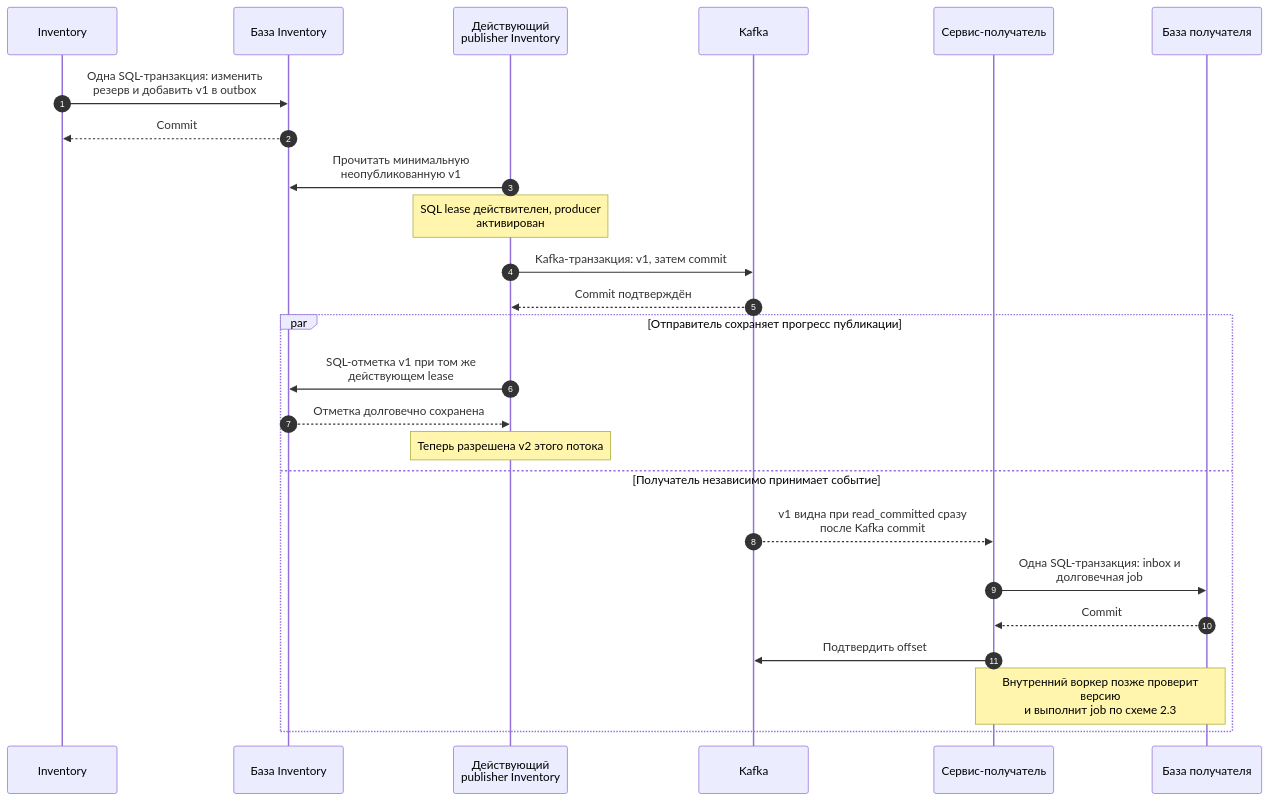
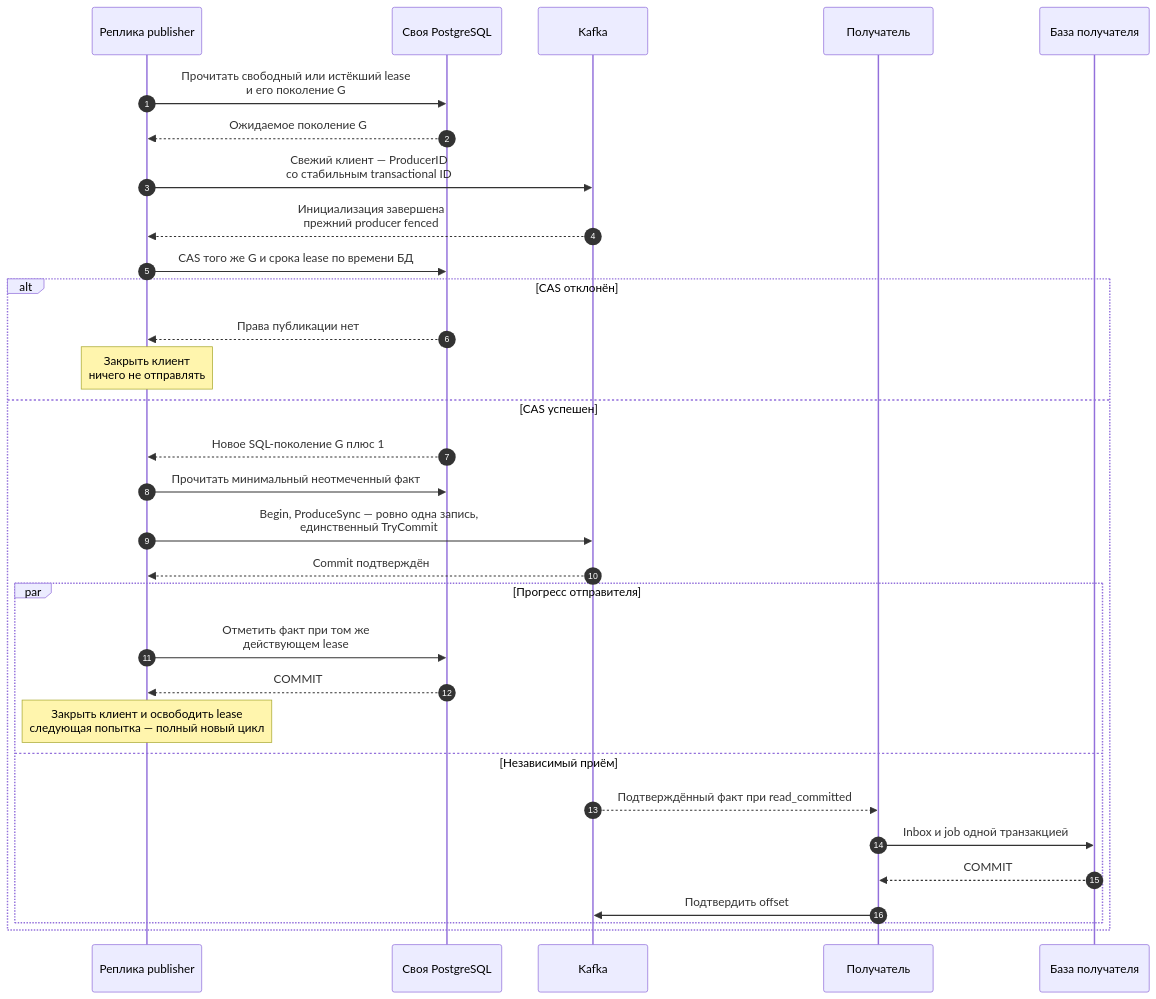
Before and after one commit to Includeoyasi/faultline-lab: the fifth of 5 diagrams in docs/architecture/KAFKA_PUBLISHING.md, drawn with Mermaid. The commit also changed other lines of this file, not shown here.

Commit message:
docs: prepare F09 publishing architecture decision

````diff
--- a/docs/architecture/KAFKA_PUBLISHING.md
+++ b/docs/architecture/KAFKA_PUBLISHING.md
@@ -209,27 +131,33 @@
 ```mermaid
 sequenceDiagram
     autonumber
-    participant I as Inventory
-    participant IDB as База Inventory
-    participant P as Действующий<br/>publisher Inventory
+    participant P as Реплика publisher
+    participant DB as Своя PostgreSQL
     participant K as Kafka
-    participant C as Сервис-получатель
+    participant C as Получатель
     participant CDB as База получателя
-    I->>IDB: Одна SQL-транзакция: изменить<br/>резерв и добавить v1 в outbox
-    IDB-->>I: Commit
-    P->>IDB: Прочитать минимальную<br/>неопубликованную v1
-    Note over P: SQL lease действителен, producer<br/>активирован
-    P->>K: Kafka-транзакция: v1, затем commit
-    K-->>P: Commit подтверждён
-    par Отправитель сохраняет прогресс публикации
-        P->>IDB: SQL-отметка v1 при том же<br/>действующем lease
-        IDB-->>P: Отметка долговечно сохранена
-        Note over P: Теперь разрешена v2 этого потока
-    and Получатель независимо принимает событие
-        K-->>C: v1 видна при read_committed сразу<br/>после Kafka commit
-        C->>CDB: Одна SQL-транзакция: inbox и<br/>долговечная job
-        CDB-->>C: Commit
-        C->>K: Подтвердить offset
-        Note over C,CDB: Внутренний воркер позже проверит<br/>версию<br/>и выполнит job по схеме 2.3
+    P->>DB: Прочитать свободный или истёкший lease<br/>и его поколение G
+    DB-->>P: Ожидаемое поколение G
+    P->>K: Свежий клиент — ProducerID<br/>со стабильным transactional ID
+    K-->>P: Инициализация завершена<br/>прежний producer fenced
+    P->>DB: CAS того же G и срока lease по времени БД
+    alt CAS отклонён
+        DB-->>P: Права публикации нет
+        Note over P: Закрыть клиент<br/>ничего не отправлять
+    else CAS успешен
+        DB-->>P: Новое SQL-поколение G плюс 1
+        P->>DB: Прочитать минимальный неотмеченный факт
+        P->>K: Begin, ProduceSync — ровно одна запись,<br/>единственный TryCommit
+        K-->>P: Commit подтверждён
+        par Прогресс отправителя
+            P->>DB: Отметить факт при том же<br/>действующем lease
+            DB-->>P: COMMIT
+            Note over P: Закрыть клиент и освободить lease<br/>следующая попытка — полный новый цикл
+        and Независимый приём
+            K-->>C: Подтверждённый факт при read_committed
+            C->>CDB: Inbox и job одной транзакцией
+            CDB-->>C: COMMIT
+            C->>K: Подтвердить offset
+        end
     end
 ```
````
